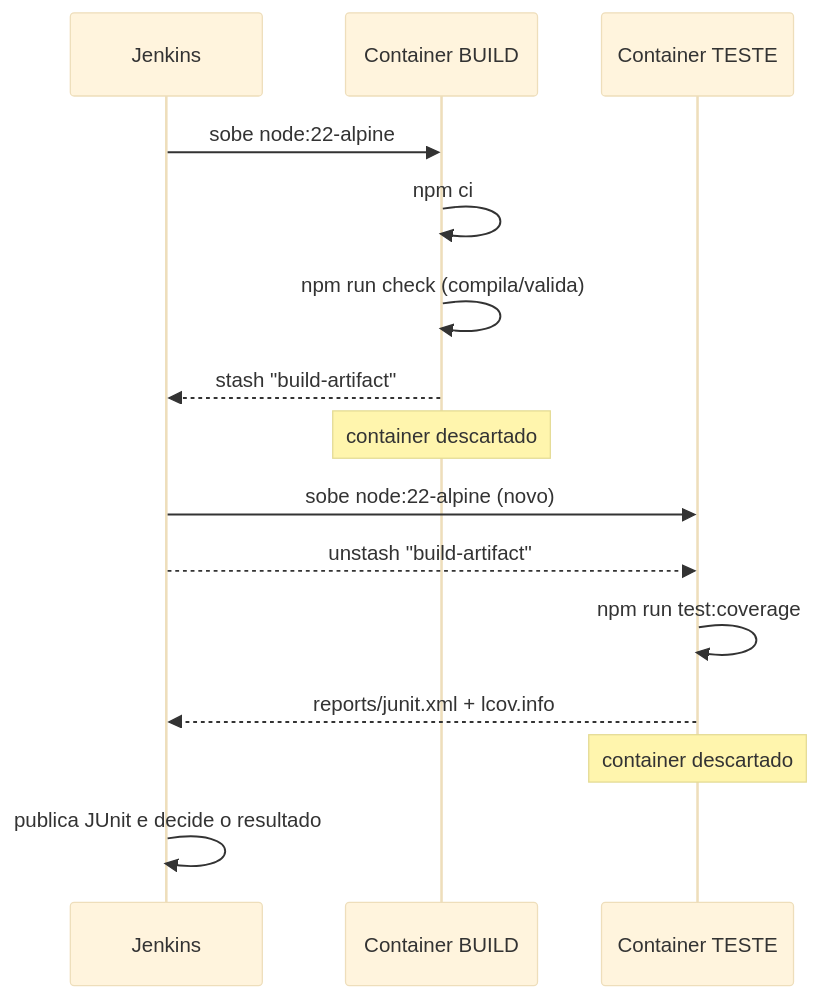
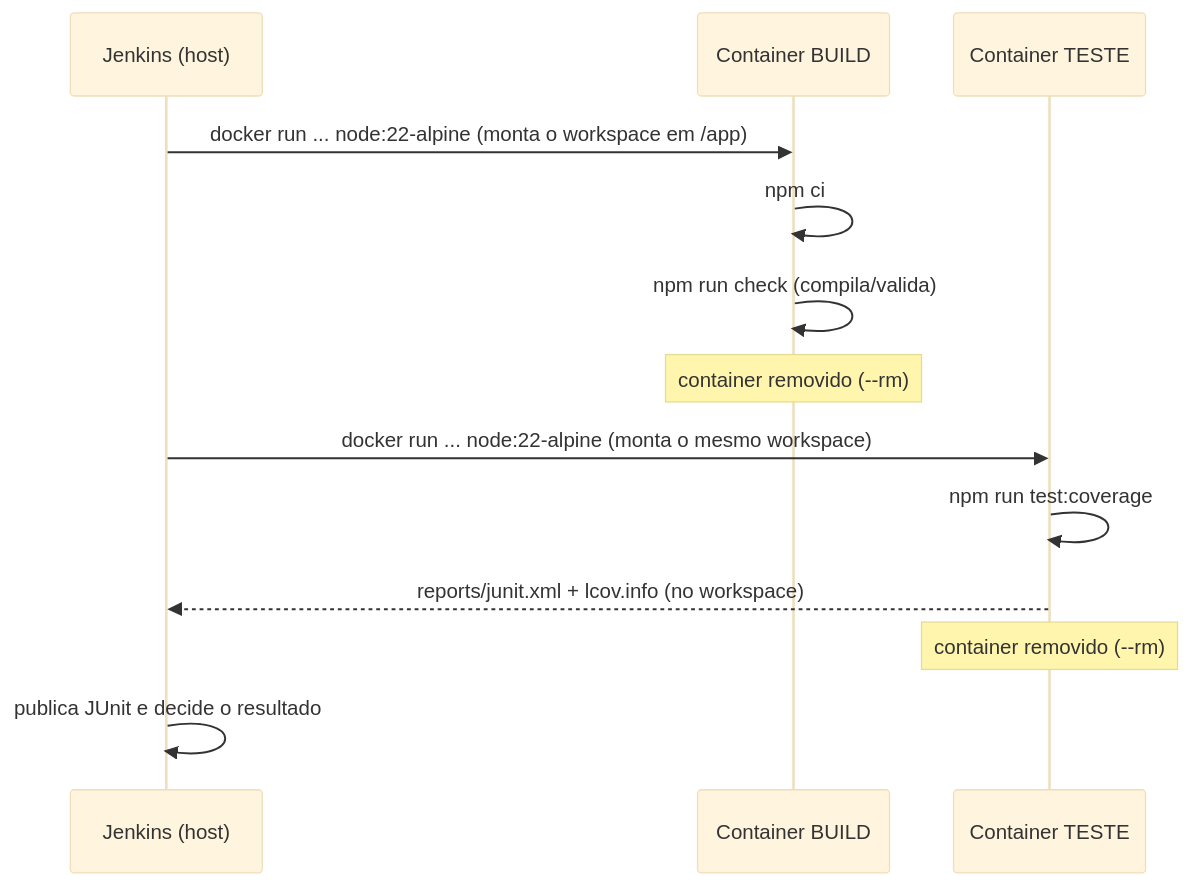
One commit to DanielTrindade/jenkins-trabalho changed the third of 3 diagrams in docs/arquitetura-docker.md. Above: the diagram before and after it, drawn with Mermaid (base theme). The commit also changed other lines of this file and 6 other files, not shown here.

First line of the commit message:
docs(ci): sincroniza docs, roteiro e slides com a abordagem docker run

````diff
--- a/docs/arquitetura-docker.md
+++ b/docs/arquitetura-docker.md
@@ -87,17 +96,15 @@
 ```mermaid
 sequenceDiagram
-    participant J as Jenkins
+    participant J as Jenkins (host)
     participant B as Container BUILD
     participant T as Container TESTE
-    J->>B: sobe node:22-alpine
+    J->>B: docker run ... node:22-alpine (monta o workspace em /app)
     B->>B: npm ci
     B->>B: npm run check (compila/valida)
-    B-->>J: stash "build-artifact"
-    Note over B: container descartado
-    J->>T: sobe node:22-alpine (novo)
-    J-->>T: unstash "build-artifact"
+    Note over B: container removido (--rm)
+    J->>T: docker run ... node:22-alpine (monta o mesmo workspace)
     T->>T: npm run test:coverage
-    T-->>J: reports/junit.xml + lcov.info
-    Note over T: container descartado
+    T-->>J: reports/junit.xml + lcov.info (no workspace)
+    Note over T: container removido (--rm)
     J->>J: publica JUnit e decide o resultado
 ```
````
